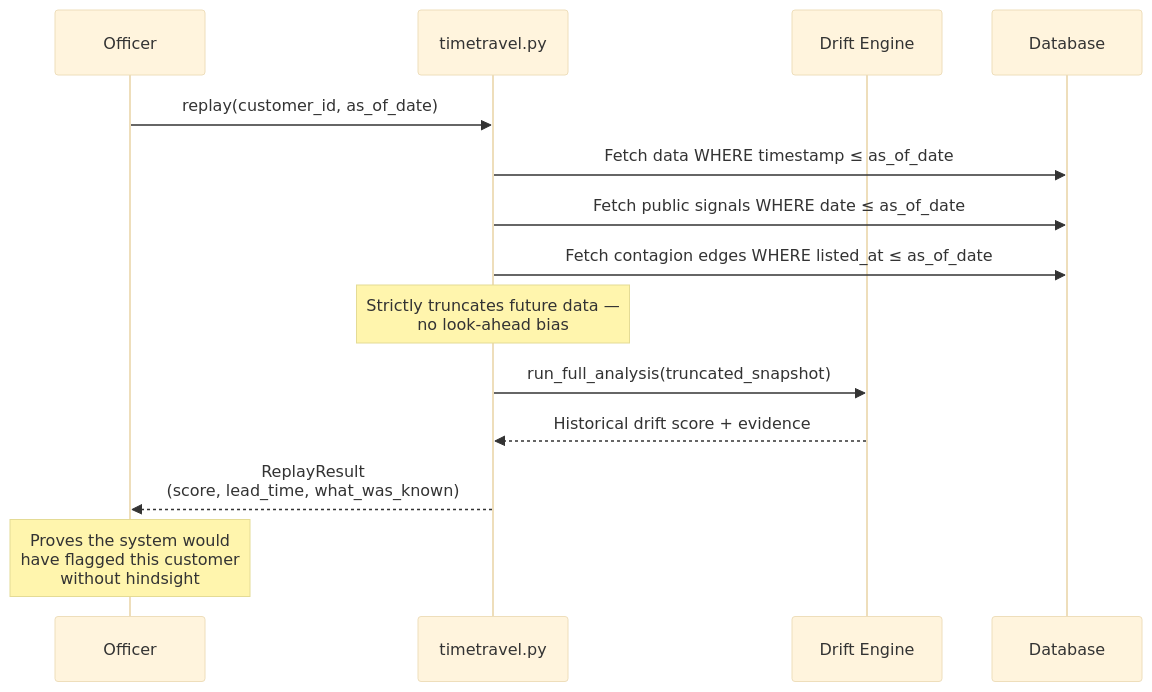
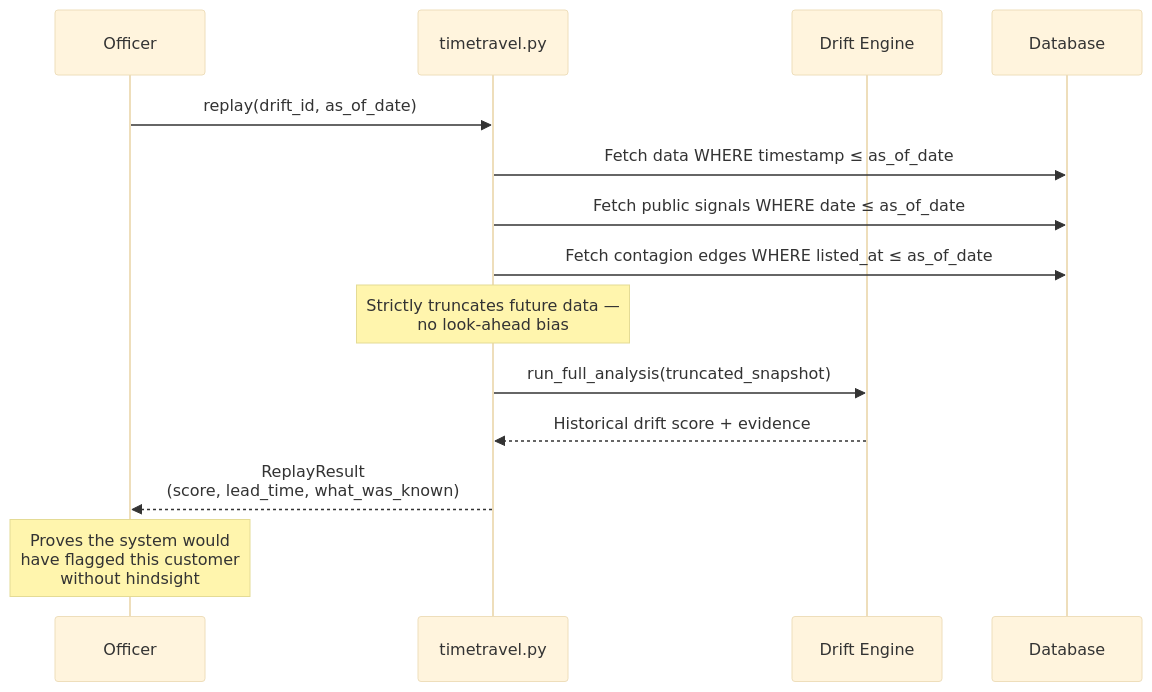
The fourth of 4 diagrams in docs/drift-engine.md (SteveDok22/Swisshacks-2026), drawn with Mermaid (base theme) before and after one commit. The commit also changed 39 other files, not shown here.

First line of the commit message:
refactor(drift): rename drift identifier customer_id -> drift_id

````diff
--- a/docs/drift-engine.md
+++ b/docs/drift-engine.md
@@ -234,20 +234,20 @@
 ```mermaid
 sequenceDiagram
     participant O as Officer
     participant TT as timetravel.py
     participant DE as Drift Engine
     participant DB as Database
 
-    O->>TT: replay(customer_id, as_of_date)
+    O->>TT: replay(drift_id, as_of_date)
     TT->>DB: Fetch data WHERE timestamp ≤ as_of_date
     TT->>DB: Fetch public signals WHERE date ≤ as_of_date
     TT->>DB: Fetch contagion edges WHERE listed_at ≤ as_of_date
 
     note over TT: Strictly truncates future data —<br/>no look-ahead bias
 
     TT->>DE: run_full_analysis(truncated_snapshot)
     DE-->>TT: Historical drift score + evidence
     TT-->>O: ReplayResult<br/>(score, lead_time, what_was_known)
 
     note over O: Proves the system would<br/>have flagged this customer<br/>without hindsight
 ```
````
